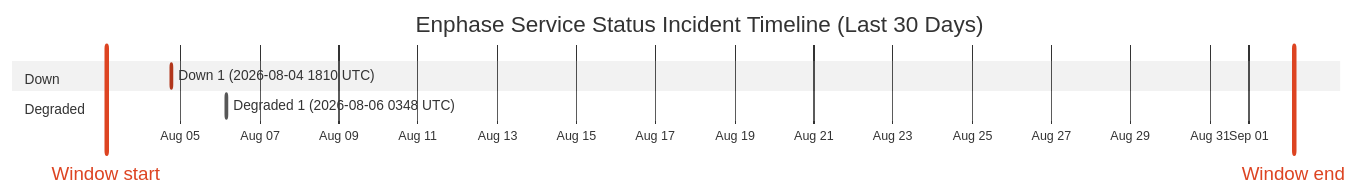
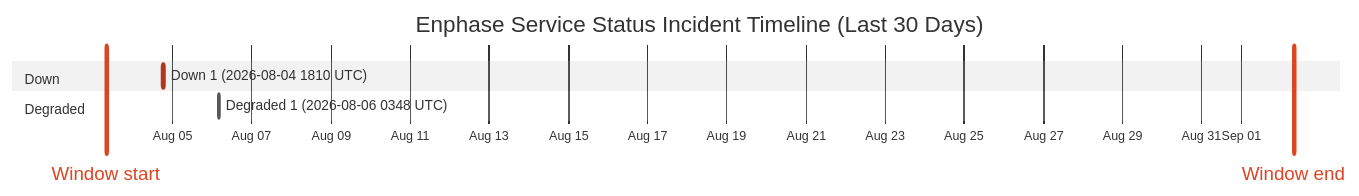
One commit to barneyonline/ha-enphase-energy changed the diagram in wiki/Service-Status-History.md. Above: the diagram before and after it, drawn with Mermaid (neutral theme). The commit also changed other lines of this file and 3 other files, not shown here.

````diff
--- a/wiki/Service-Status-History.md
+++ b/wiki/Service-Status-History.md
@@ -14,12 +14,12 @@
 ```mermaid
 gantt
     title Enphase Service Status Incident Timeline (Last 30 Days)
     dateFormat  YYYY-MM-DDTHH:mm:ss
     axisFormat  %b %d
-    Window start :vert, window-start, 2026-08-03T02:58:27, 0ms
-    Window end :vert, window-end, 2026-09-02T02:58:27, 0ms
+    Window start :vert, window-start, 2026-08-03T07:49:10, 0ms
+    Window end :vert, window-end, 2026-09-02T07:49:10, 0ms
     section Down
     Down 1 (2026-08-04 1810 UTC) :crit, down-1, 2026-08-04T18:10:46, 60m
     section Degraded
     Degraded 1 (2026-08-06 0348 UTC) :active, degraded-1, 2026-08-06T03:48:14, 60m
 ```
````
